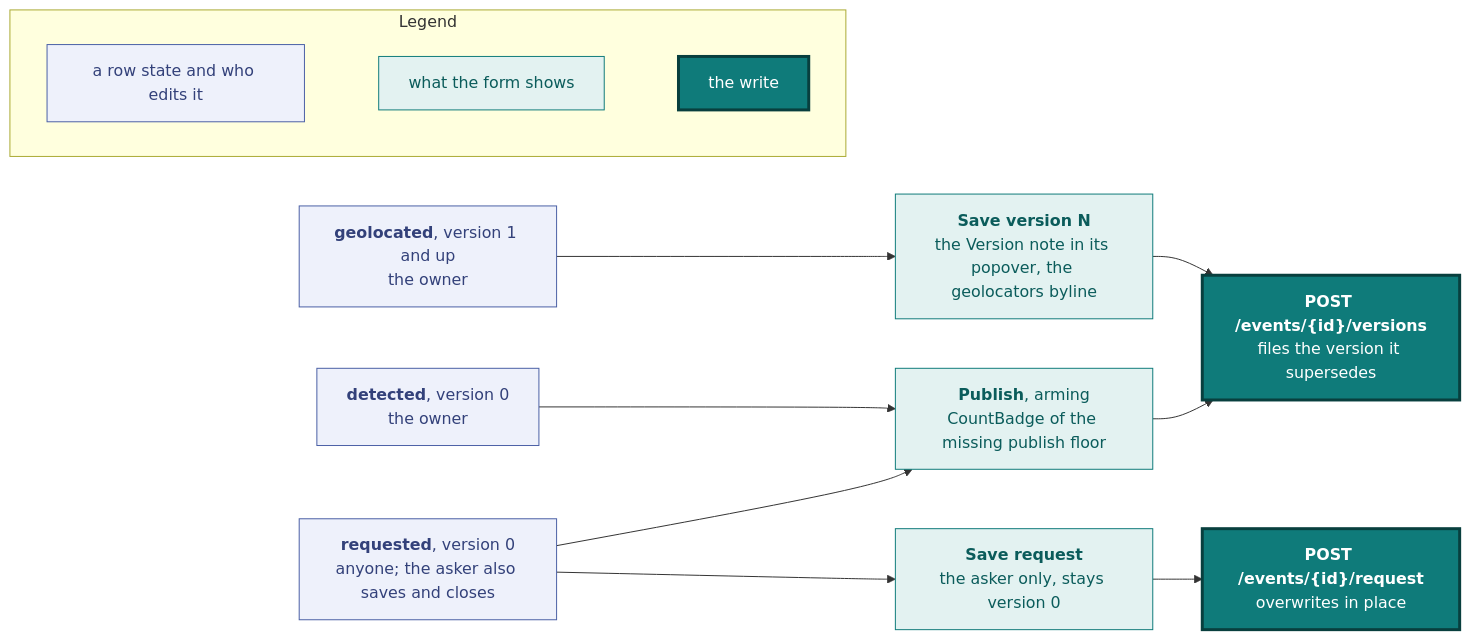
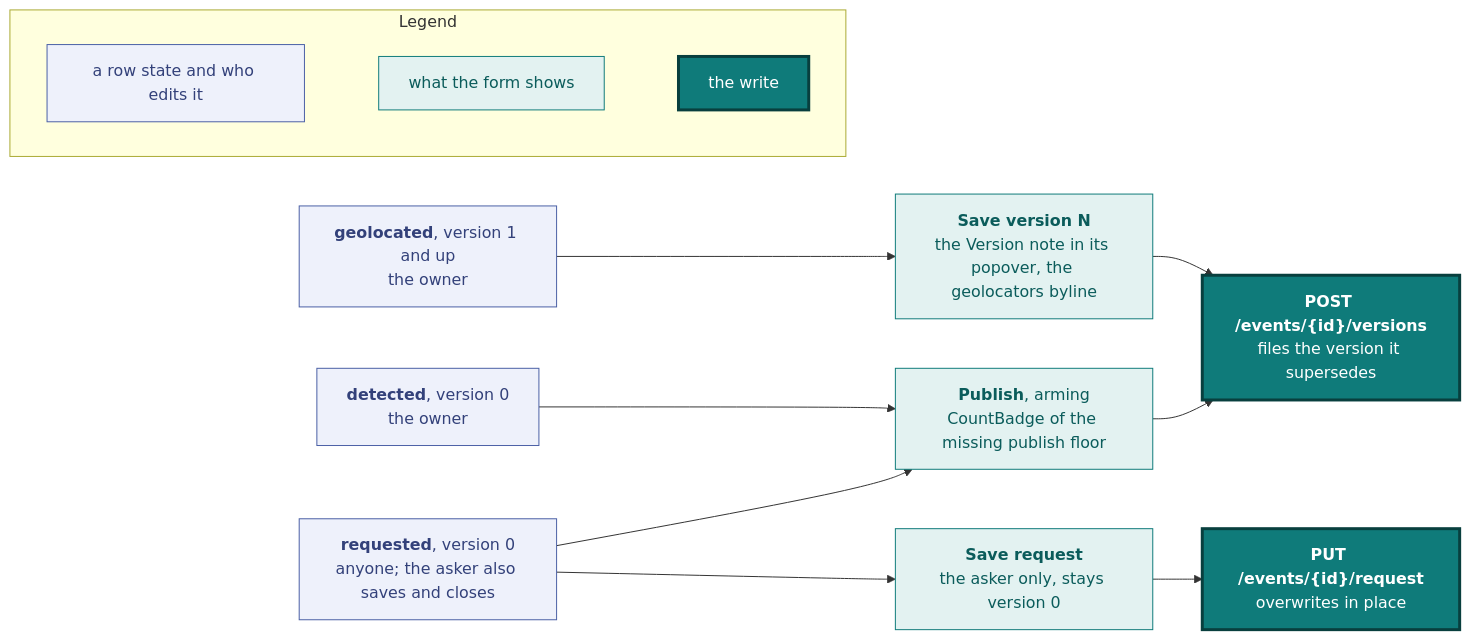
Before and after one commit to vidithq/vidit: diagram 14 of 23 in docs/design.md, drawn with Mermaid. The commit also changed 9 other files, not shown here.

First line of the commit message:
refactor(api): correct an open request with PUT /events/{id}/request

````diff
--- a/docs/design.md
+++ b/docs/design.md
@@ -1375,38 +1375,38 @@
 ```mermaid
 flowchart LR
   classDef spec fill:#eef1fb,stroke:#4a5fa5,color:#33417a
   classDef shared fill:#e3f2f1,stroke:#0f7b7a,color:#0b5c5b
   classDef core fill:#0f7b7a,stroke:#083f3e,stroke-width:3px,color:#ffffff
 
   subgraph legend [Legend]
     direction LR
     l1["`a row state and who edits it`"]:::spec
     l2["`what the form shows`"]:::shared
     l3["`the write`"]:::core
     l1 ~~~ l2 ~~~ l3
   end
 
   request["`**requested**, version 0
   anyone; the asker also saves and closes`"]:::spec
   detection["`**detected**, version 0
   the owner`"]:::spec
   published["`**geolocated**, version 1 and up
   the owner`"]:::spec
   publish["`**Publish**, arming
   CountBadge of the missing publish floor`"]:::shared
   save_request["`**Save request**
   the asker only, stays version 0`"]:::shared
   save["`**Save version N**
   the Version note in its popover, the geolocators byline`"]:::shared
   versions["`**POST /events/{id}/versions**
   files the version it supersedes`"]:::core
-  request_write["`**POST /events/{id}/request**
+  request_write["`**PUT /events/{id}/request**
   overwrites in place`"]:::core
 
   request --> publish
   request --> save_request --> request_write
   detection --> publish
   published --> save
   publish --> versions
   save --> versions
 ```
````
